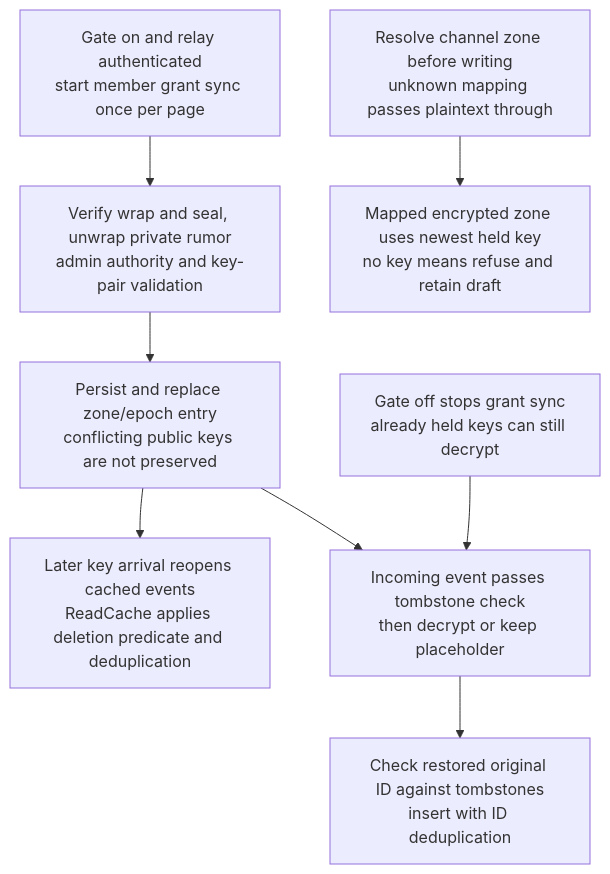
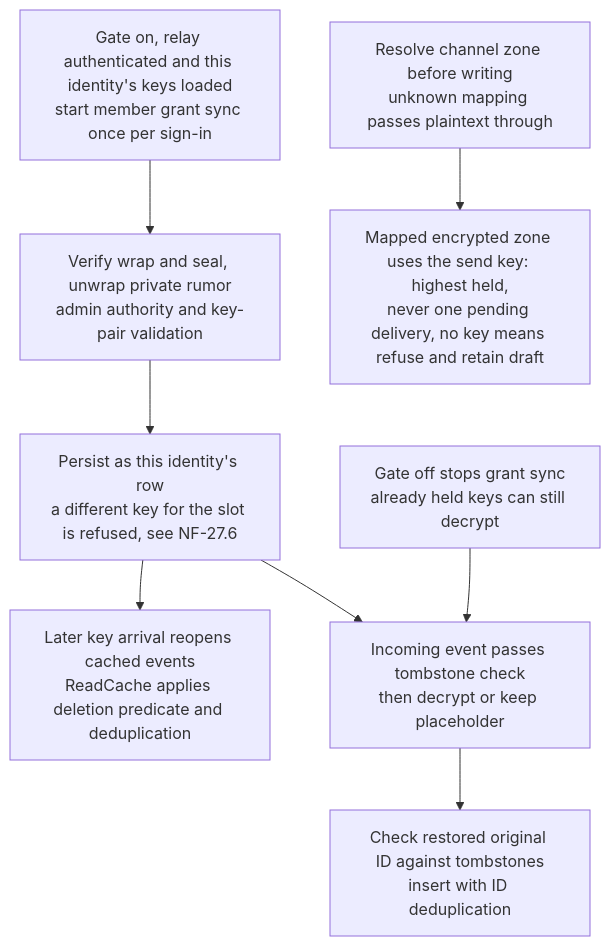
Before and after one commit to DreamLab-AI/VisionFlow: diagram 16 of 20 in docs/diagrams/nostr-rust-forum/05-leptos-clients-onboarding-messaging-governance.md, drawn with Mermaid. The commit also changed other lines of this file, not shown here.

First line of the commit message:
docs(diagrams): re-verify NF-05 at nostr-rust-forum af4f0d5

````diff
--- a/docs/diagrams/nostr-rust-forum/05-leptos-clients-onboarding-messaging-governance.md
+++ b/docs/diagrams/nostr-rust-forum/05-leptos-clients-onboarding-messaging-governance.md
@@ -525,26 +544,26 @@
 ```mermaid
 flowchart TB
-    %% Source: ../nostr-rust-forum/crates/nostr-bbs-forum-client/src/app.rs:795
-    G["Gate on and relay authenticated<br/>start member grant sync once per page"]
-    %% Source: ../nostr-rust-forum/crates/nostr-bbs-forum-client/src/zone_crypto/mod.rs:676
+    %% Source: ../nostr-rust-forum/crates/nostr-bbs-forum-client/src/app.rs:798
+    G["Gate on, relay authenticated and this identity's keys loaded<br/>start member grant sync once per sign-in"]
+    %% Source: ../nostr-rust-forum/crates/nostr-bbs-forum-client/src/zone_crypto/mod.rs:752
     V["Verify wrap and seal, unwrap private rumor<br/>admin authority and key-pair validation"]
-    %% Source: ../nostr-rust-forum/crates/nostr-bbs-forum-client/src/zone_crypto/store.rs:279
-    K["Persist and replace zone/epoch entry<br/>conflicting public keys are not preserved"]
-    %% Source: ../nostr-rust-forum/crates/nostr-bbs-forum-client/src/zone_crypto/store.rs:479
+    %% Source: ../nostr-rust-forum/crates/nostr-bbs-forum-client/src/zone_crypto/store.rs:799
+    K["Persist as this identity's row<br/>a different key for the slot is refused, see NF-27.6"]
+    %% Source: ../nostr-rust-forum/crates/nostr-bbs-forum-client/src/zone_crypto/store.rs:1244
     W["Resolve channel zone before writing<br/>unknown mapping passes plaintext through"]
-    %% Source: ../nostr-rust-forum/crates/nostr-bbs-forum-client/src/zone_crypto/mod.rs:568
-    E["Mapped encrypted zone uses newest held key<br/>no key means refuse and retain draft"]
-    %% Source: ../nostr-rust-forum/crates/nostr-bbs-forum-client/src/stores/channels.rs:405
+    %% Source: ../nostr-rust-forum/crates/nostr-bbs-forum-client/src/zone_crypto/store.rs:1248
+    E["Mapped encrypted zone uses the send key: highest held,<br/>never one pending delivery, no key means refuse and retain draft"]
+    %% Source: ../nostr-rust-forum/crates/nostr-bbs-forum-client/src/stores/channels.rs:580
     T["Incoming event passes tombstone check<br/>then decrypt or keep placeholder"]
-    %% Source: ../nostr-rust-forum/crates/nostr-bbs-forum-client/src/stores/channels.rs:446
+    %% Source: ../nostr-rust-forum/crates/nostr-bbs-forum-client/src/stores/channels.rs:622
     I["Check restored original ID against tombstones<br/>insert with ID deduplication"]
-    %% Source: ../nostr-rust-forum/crates/nostr-bbs-forum-client/src/zone_crypto/store.rs:163
+    %% Source: ../nostr-rust-forum/crates/nostr-bbs-forum-client/src/zone_crypto/store.rs:462
     R["Later key arrival reopens cached events<br/>ReadCache applies deletion predicate and deduplication"]
-    %% Source: ../nostr-rust-forum/crates/nostr-bbs-forum-client/src/app.rs:796
+    %% Source: ../nostr-rust-forum/crates/nostr-bbs-forum-client/src/app.rs:799
     O["Gate off stops grant sync<br/>already held keys can still decrypt"]
     G --> V --> K --> R
     W --> E
     T --> I
     K --> T
     O --> T
 ```
````
